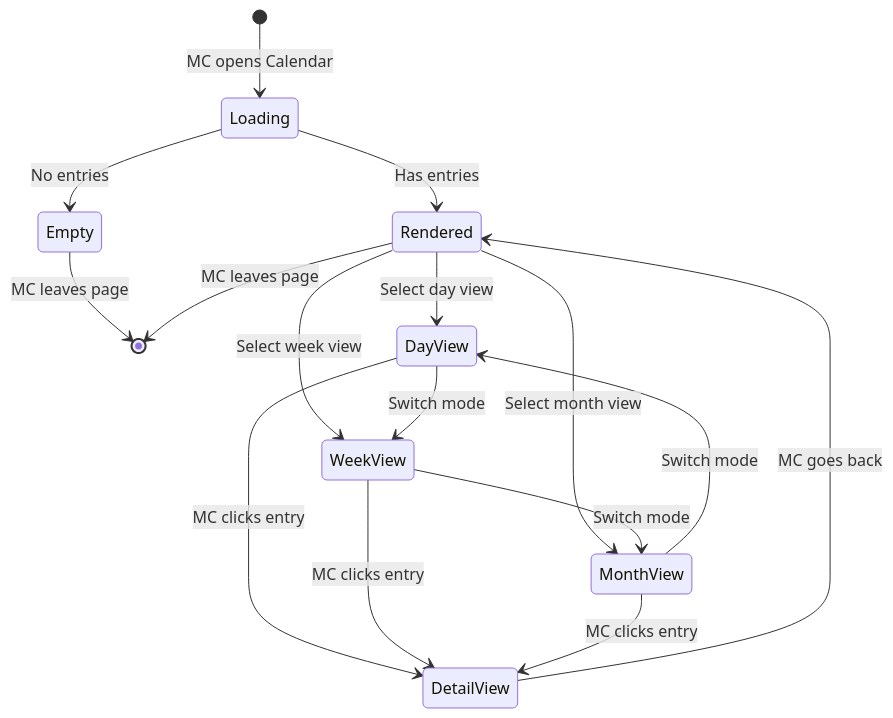
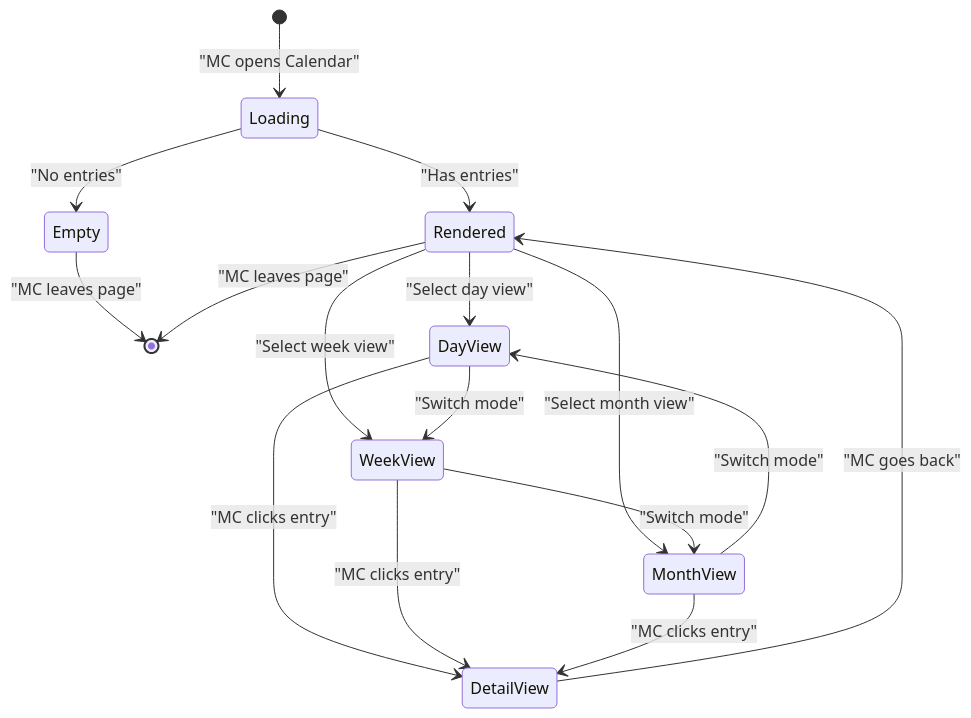
One commit to dat-21/SWD392 changed diagram 13 of 51 in UC_Diagrams_EN.md. Above: the diagram before and after it, drawn with Mermaid. The commit also changed other lines of this file and 2 other files, not shown here.

Commit message:
style: Standardize Mermaid state diagram transition label formatting by adding quotes and a space before the colon.

````diff
--- a/UC_Diagrams_EN.md
+++ b/UC_Diagrams_EN.md
@@ -477,18 +477,18 @@
 ```mermaid
 stateDiagram-v2
-    [*] --> Loading: MC opens Calendar
-    Loading --> Empty: No entries
-    Loading --> Rendered: Has entries
-    Empty --> [*]: MC leaves page
-    Rendered --> DayView: Select day view
-    Rendered --> WeekView: Select week view
-    Rendered --> MonthView: Select month view
-    DayView --> DetailView: MC clicks entry
-    WeekView --> DetailView: MC clicks entry
-    MonthView --> DetailView: MC clicks entry
-    DetailView --> Rendered: MC goes back
-    DayView --> WeekView: Switch mode
-    WeekView --> MonthView: Switch mode
-    MonthView --> DayView: Switch mode
-    Rendered --> [*]: MC leaves page
+    [*] --> Loading : "MC opens Calendar"
+    Loading --> Empty : "No entries"
+    Loading --> Rendered : "Has entries"
+    Empty --> [*] : "MC leaves page"
+    Rendered --> DayView : "Select day view"
+    Rendered --> WeekView : "Select week view"
+    Rendered --> MonthView : "Select month view"
+    DayView --> DetailView : "MC clicks entry"
+    WeekView --> DetailView : "MC clicks entry"
+    MonthView --> DetailView : "MC clicks entry"
+    DetailView --> Rendered : "MC goes back"
+    DayView --> WeekView : "Switch mode"
+    WeekView --> MonthView : "Switch mode"
+    MonthView --> DayView : "Switch mode"
+    Rendered --> [*] : "MC leaves page"
 ```
````
